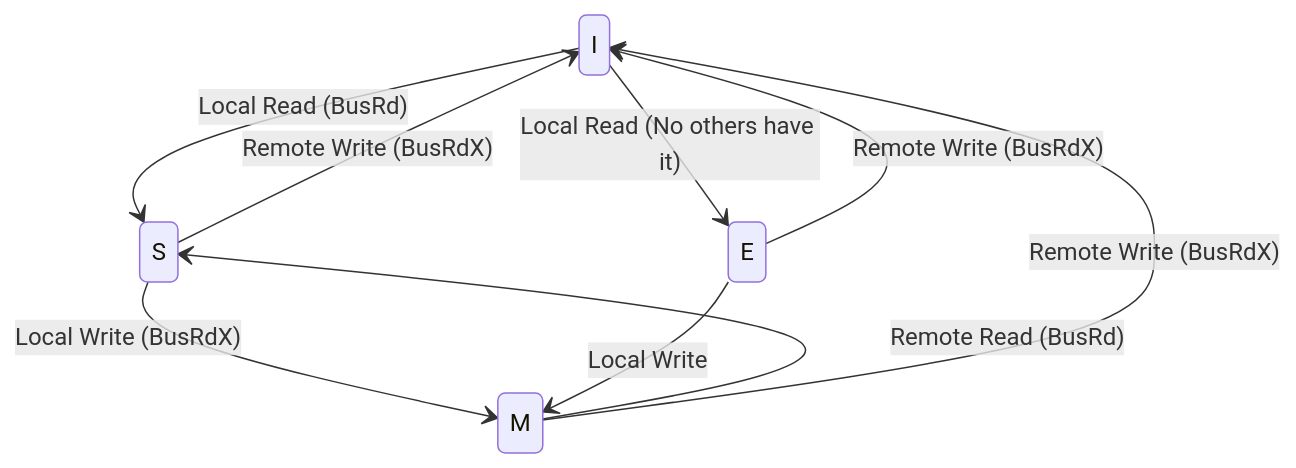
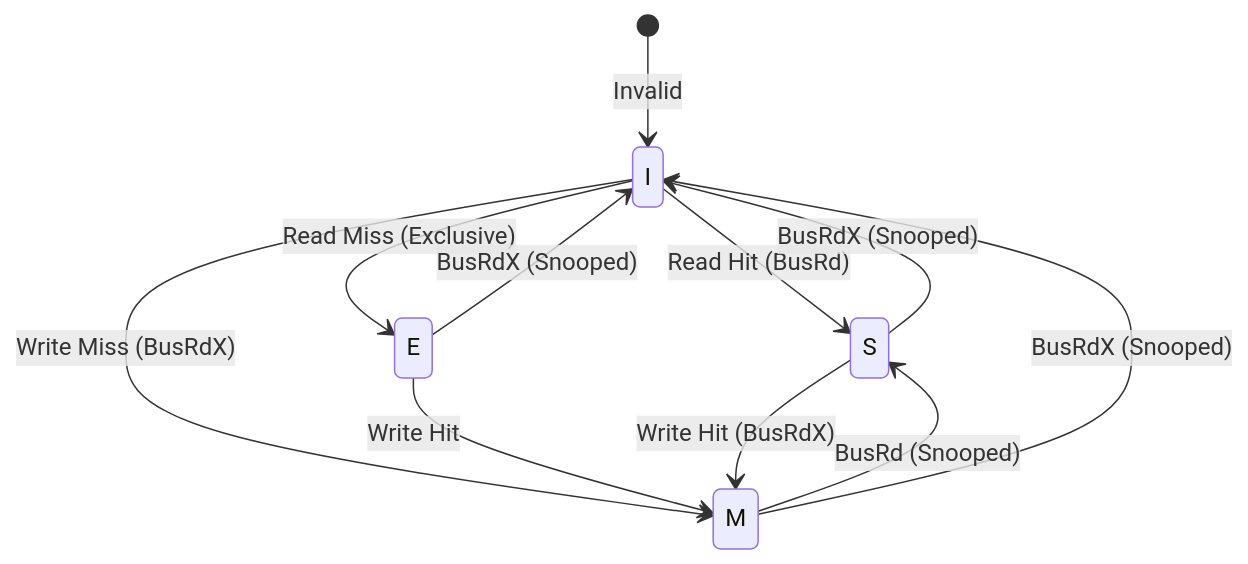
Before and after one commit to Bluenomic/Distributed-Synchronization-System: the fourth of 6 diagrams in docs/architecture.md, drawn with Mermaid. The commit also changed other lines of this file and 3 other files, not shown here.

````diff
--- a/docs/architecture.md
+++ b/docs/architecture.md
@@ -58,11 +86,13 @@
 ```mermaid
 stateDiagram-v2
-    I --> S: Local Read (BusRd)
-    S --> M: Local Write (BusRdX)
-    I --> E: Local Read (No others have it)
-    E --> M: Local Write
-    M --> S: Remote Read (BusRd)
-    S --> I: Remote Write (BusRdX)
-    E --> I: Remote Write (BusRdX)
-    M --> I: Remote Write (BusRdX)
+    [*] --> I: Invalid
+    I --> S: Read Hit (BusRd)
+    I --> E: Read Miss (Exclusive)
+    I --> M: Write Miss (BusRdX)
+    E --> M: Write Hit
+    S --> M: Write Hit (BusRdX)
+    M --> S: BusRd (Snooped)
+    S --> I: BusRdX (Snooped)
+    E --> I: BusRdX (Snooped)
+    M --> I: BusRdX (Snooped)
 ```
````
